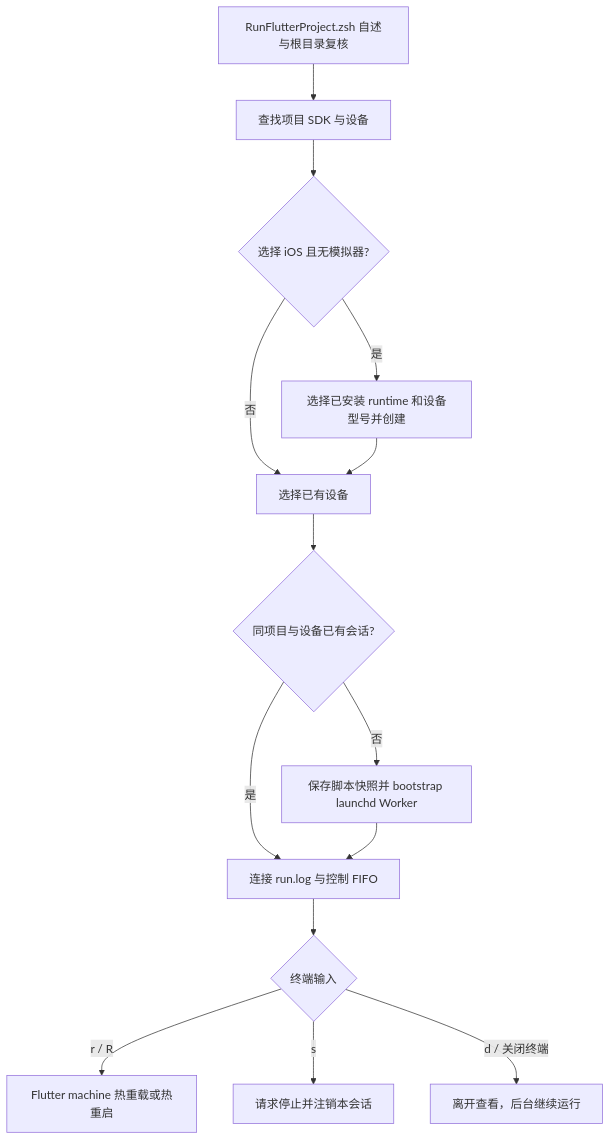
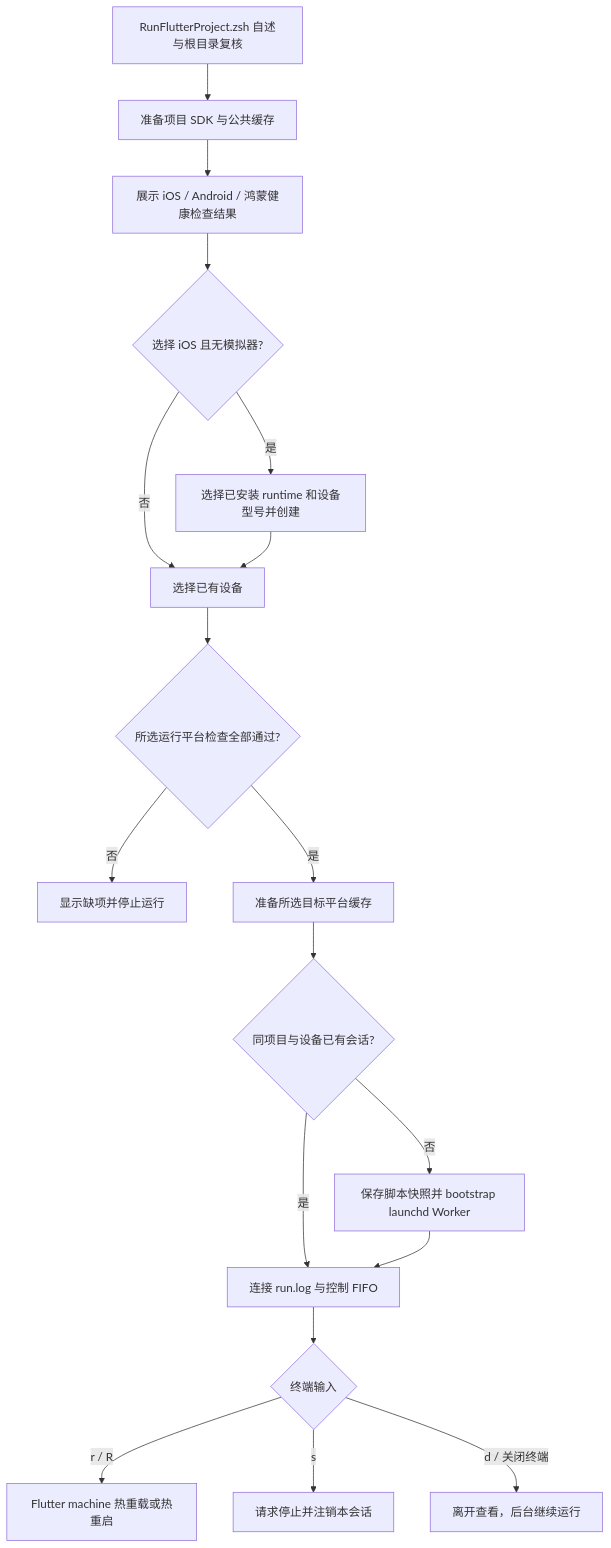
The second of 3 diagrams in JobsFlutterRunner/README.md (JobsKits/MacOS_Extension), drawn with Mermaid before and after one commit. The commit also changed other lines of this file and 657 other files, not shown here.

````diff
--- a/JobsFlutterRunner/README.md
+++ b/JobsFlutterRunner/README.md
@@ -158,16 +162,20 @@
 ```mermaid
 flowchart TD
-    A[RunFlutterProject.zsh 自述与根目录复核] --> B[查找项目 SDK 与设备]
-    B --> C{选择 iOS 且无模拟器?}
+    A[RunFlutterProject.zsh 自述与根目录复核] --> B[准备项目 SDK 与公共缓存]
+    B --> B1[展示 iOS / Android / 鸿蒙健康检查结果]
+    B1 --> C{选择 iOS 且无模拟器?}
     C -->|是| D[选择已安装 runtime 和设备型号并创建]
     C -->|否| E[选择已有设备]
     D --> E
-    E --> F{同项目与设备已有会话?}
+    E --> E1{所选运行平台检查全部通过?}
+    E1 -->|否| E2[显示缺项并停止运行]
+    E1 -->|是| E3[准备所选目标平台缓存]
+    E3 --> F{同项目与设备已有会话?}
     F -->|是| H[连接 run.log 与控制 FIFO]
     F -->|否| G[保存脚本快照并 bootstrap launchd Worker]
     G --> H
     H --> I{终端输入}
     I -->|r / R| J[Flutter machine 热重载或热重启]
     I -->|s| K[请求停止并注销本会话]
     I -->|d / 关闭终端| L[离开查看，后台继续运行]
 ```
````
